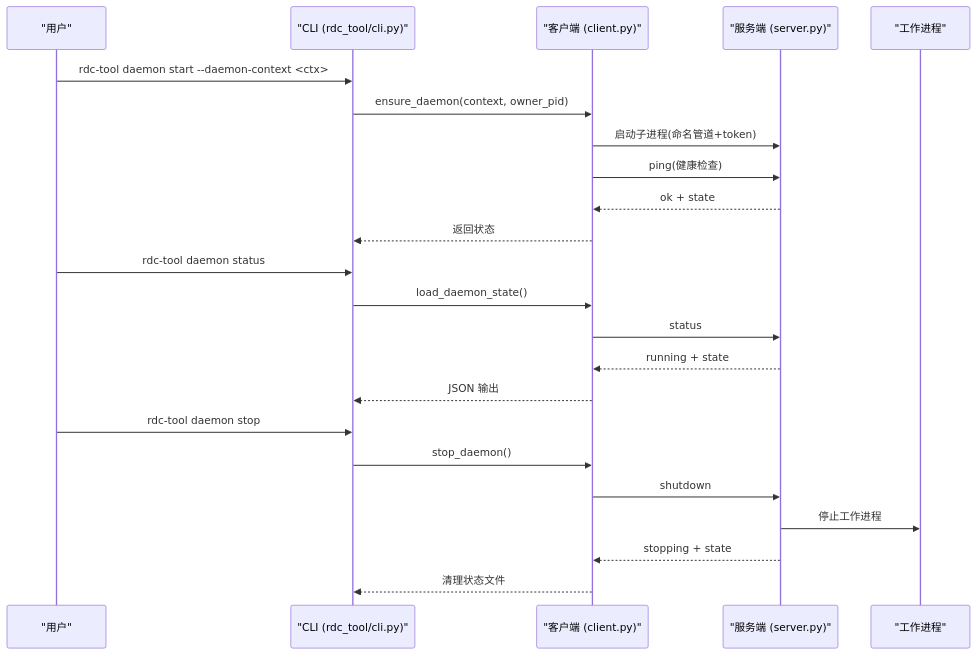
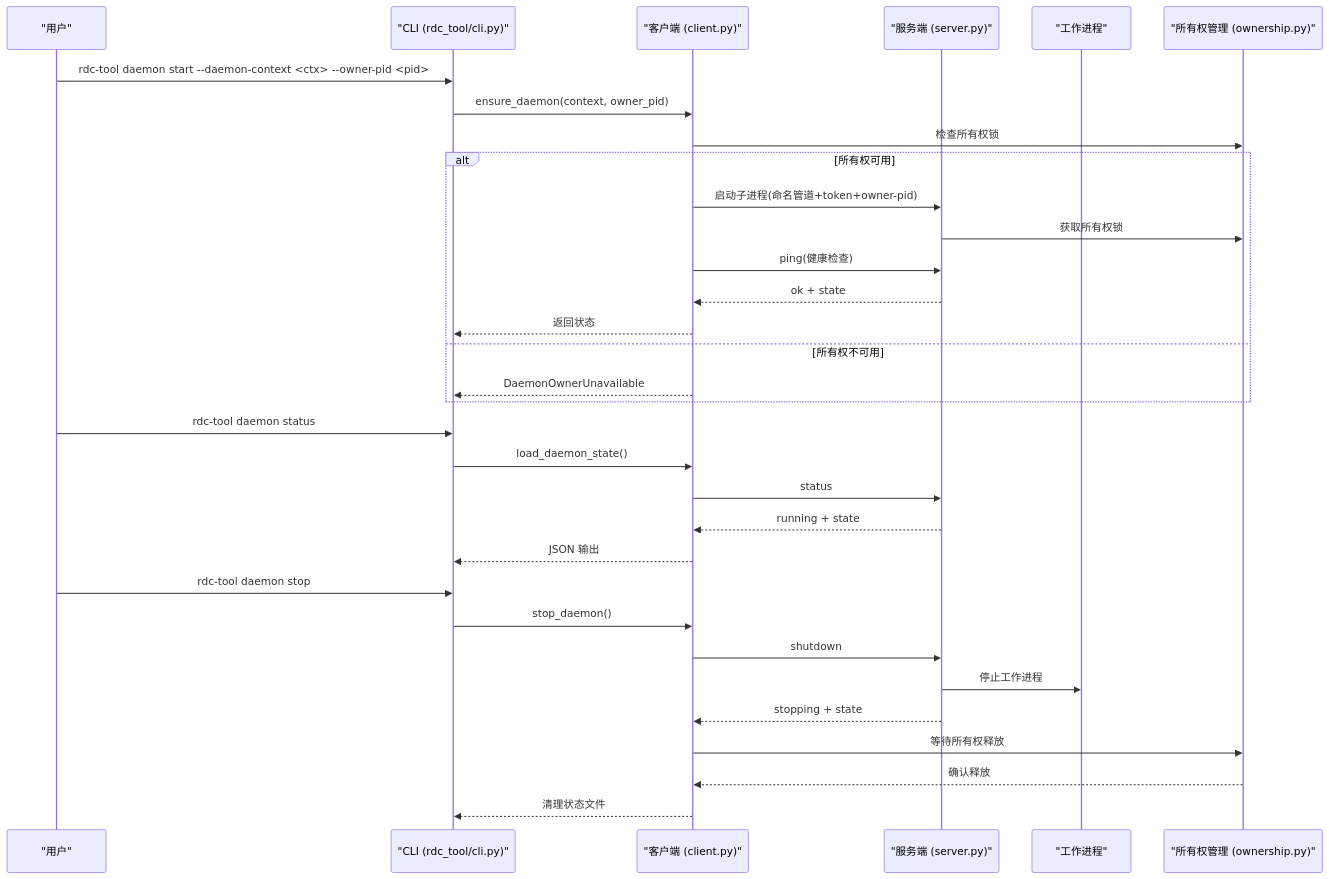
The second of 7 diagrams in .qoder/repowiki/zh/content/CLI参考手册/守护进程管理命令.md (haolange/RDC-Tool), drawn with Mermaid before and after one commit. The commit also changed other lines of this file and 67 other files, not shown here.

````diff
--- a/.qoder/repowiki/zh/content/CLI参考手册/守护进程管理命令.md
+++ b/.qoder/repowiki/zh/content/CLI参考手册/守护进程管理命令.md
@@ -72,25 +87,34 @@
 ```mermaid
 sequenceDiagram
 participant U as "用户"
 participant CLI as "CLI (rdc_tool/cli.py)"
 participant CL as "客户端 (client.py)"
 participant S as "服务端 (server.py)"
 participant W as "工作进程"
-U->>CLI : rdc-tool daemon start --daemon-context <ctx>
+participant O as "所有权管理 (ownership.py)"
+U->>CLI : rdc-tool daemon start --daemon-context <ctx> --owner-pid <pid>
 CLI->>CL : ensure_daemon(context, owner_pid)
-CL->>S : 启动子进程(命名管道+token)
-CL->>S : ping(健康检查)
-S-->>CL : ok + state
-CL-->>CLI : 返回状态
+CL->>O : 检查所有权锁
+alt 所有权可用
+    CL->>S : 启动子进程(命名管道+token+owner-pid)
+    S->>O : 获取所有权锁
+    CL->>S : ping(健康检查)
+    S-->>CL : ok + state
+    CL-->>CLI : 返回状态
+else 所有权不可用
+    CL-->>CLI : DaemonOwnerUnavailable
+end
 U->>CLI : rdc-tool daemon status
 CLI->>CL : load_daemon_state()
 CL->>S : status
 S-->>CL : running + state
 CL-->>CLI : JSON 输出
 U->>CLI : rdc-tool daemon stop
 CLI->>CL : stop_daemon()
 CL->>S : shutdown
 S->>W : 停止工作进程
 S-->>CL : stopping + state
+CL->>O : 等待所有权释放
+O-->>CL : 确认释放
 CL-->>CLI : 清理状态文件
 ```
````
